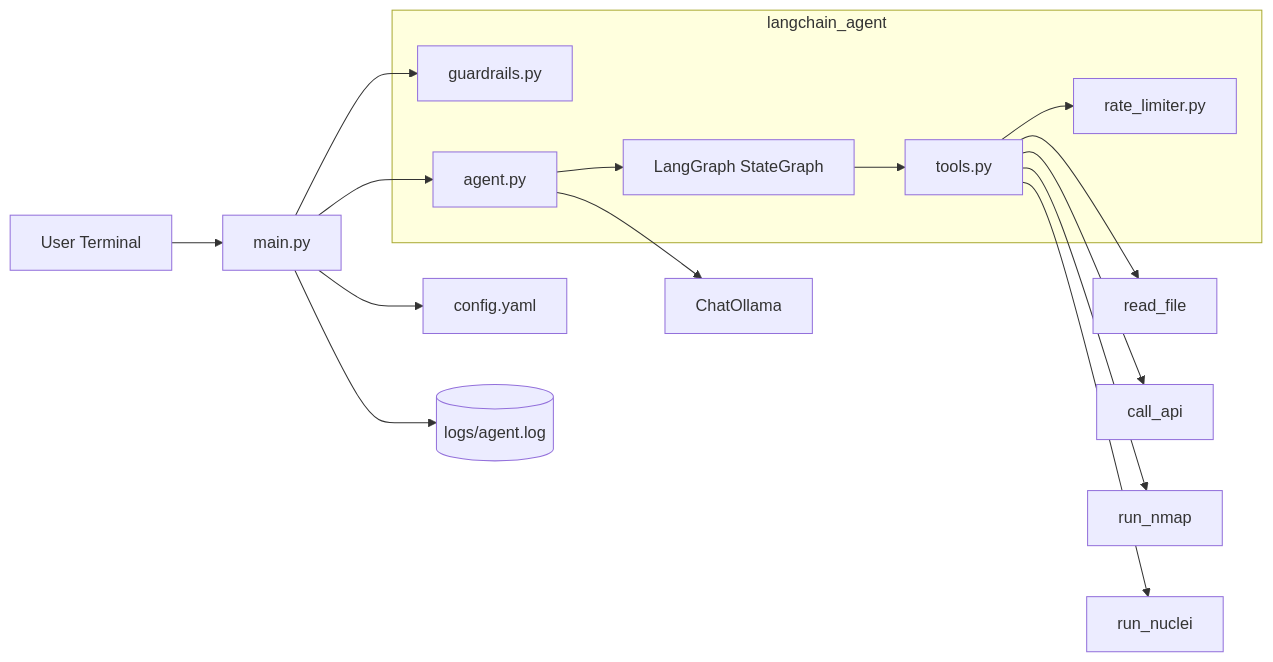
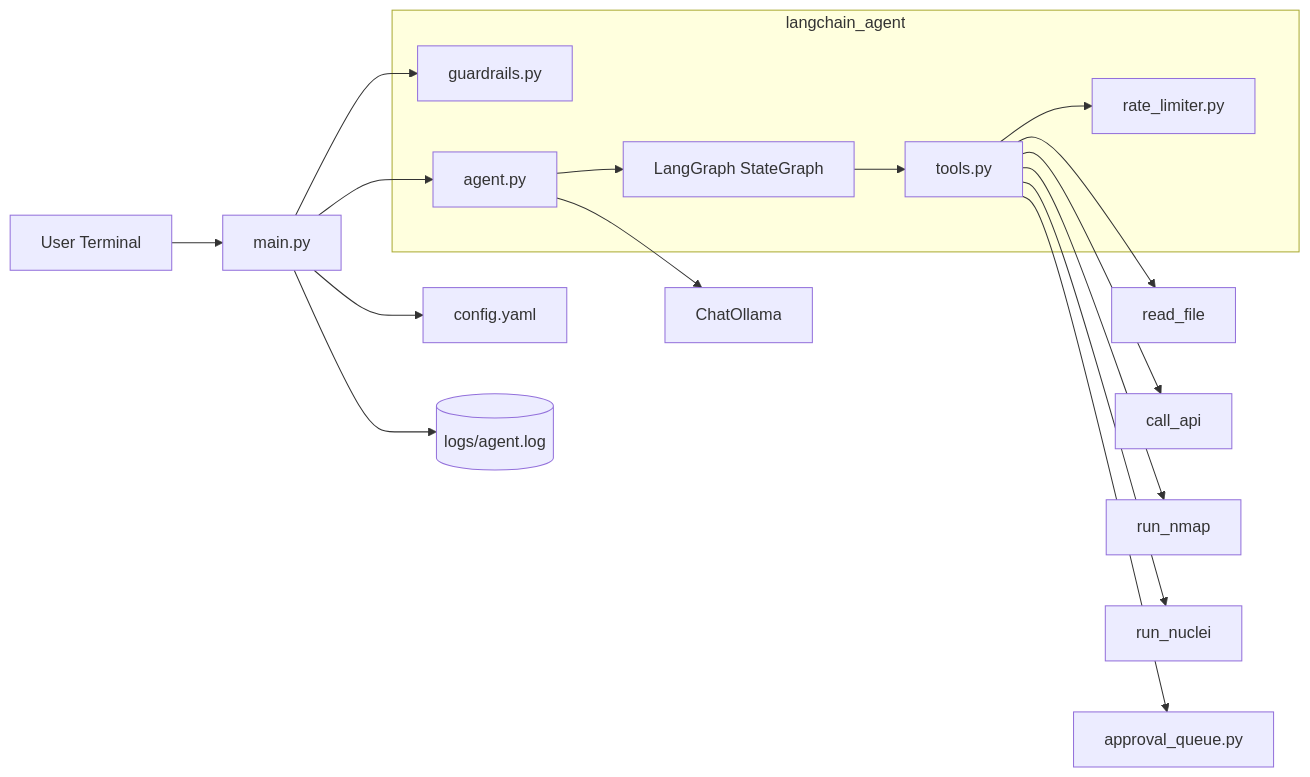
One commit to soorajrs409/e-agent changed the first of 2 diagrams in docs/ARCHITECTURE.md. Above: the diagram before and after it, drawn with Mermaid. The commit also changed other lines of this file and 7 other files, not shown here.

````diff
--- a/docs/ARCHITECTURE.md
+++ b/docs/ARCHITECTURE.md
@@ -7,24 +7,25 @@
 ```mermaid
 flowchart LR
     U[User Terminal] --> MAIN[main.py]
     MAIN --> GUARD[guardrails.py]
     MAIN --> AGENT[agent.py]
     AGENT --> LLM[ChatOllama]
     AGENT --> GRAPH[LangGraph StateGraph]
     GRAPH --> TOOLS[tools.py]
     TOOLS --> RF[read_file]
     TOOLS --> CA[call_api]
     TOOLS --> NM[run_nmap]
     TOOLS --> NU[run_nuclei]
     TOOLS --> RL[rate_limiter.py]
+    TOOLS --> AQ[approval_queue.py]
     MAIN --> CONFIG[config.yaml]
     MAIN --> LOG[(logs/agent.log)]
     
     subgraph langchain_agent[langchain_agent]
         GUARD
         AGENT
         GRAPH
         TOOLS
         RL
     end
 ```
````
